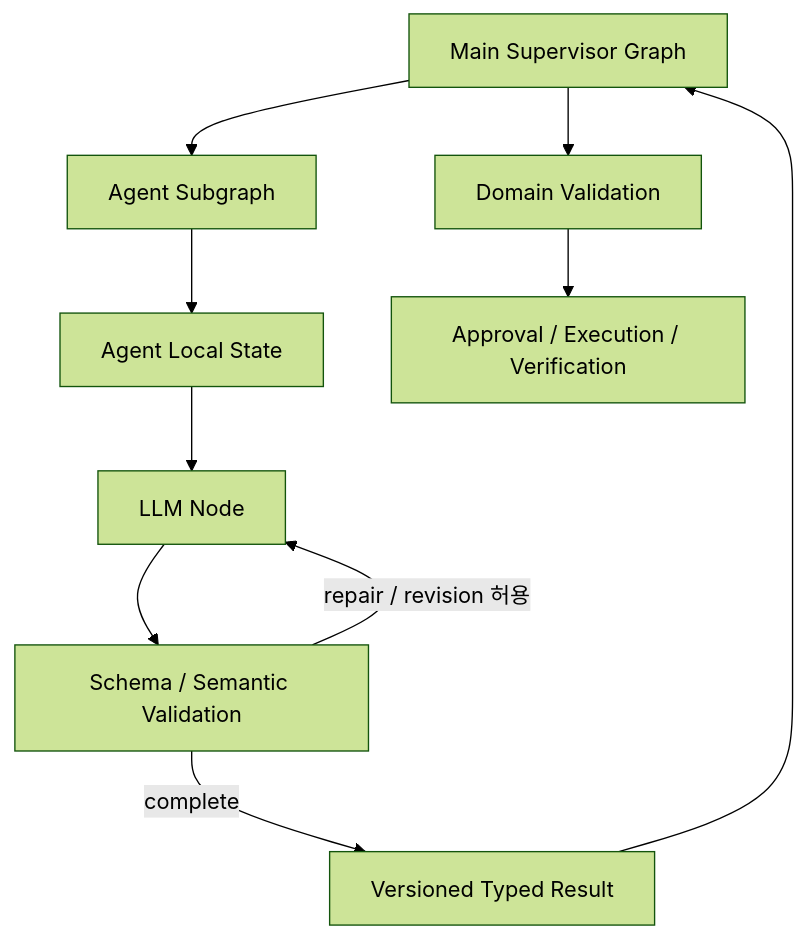
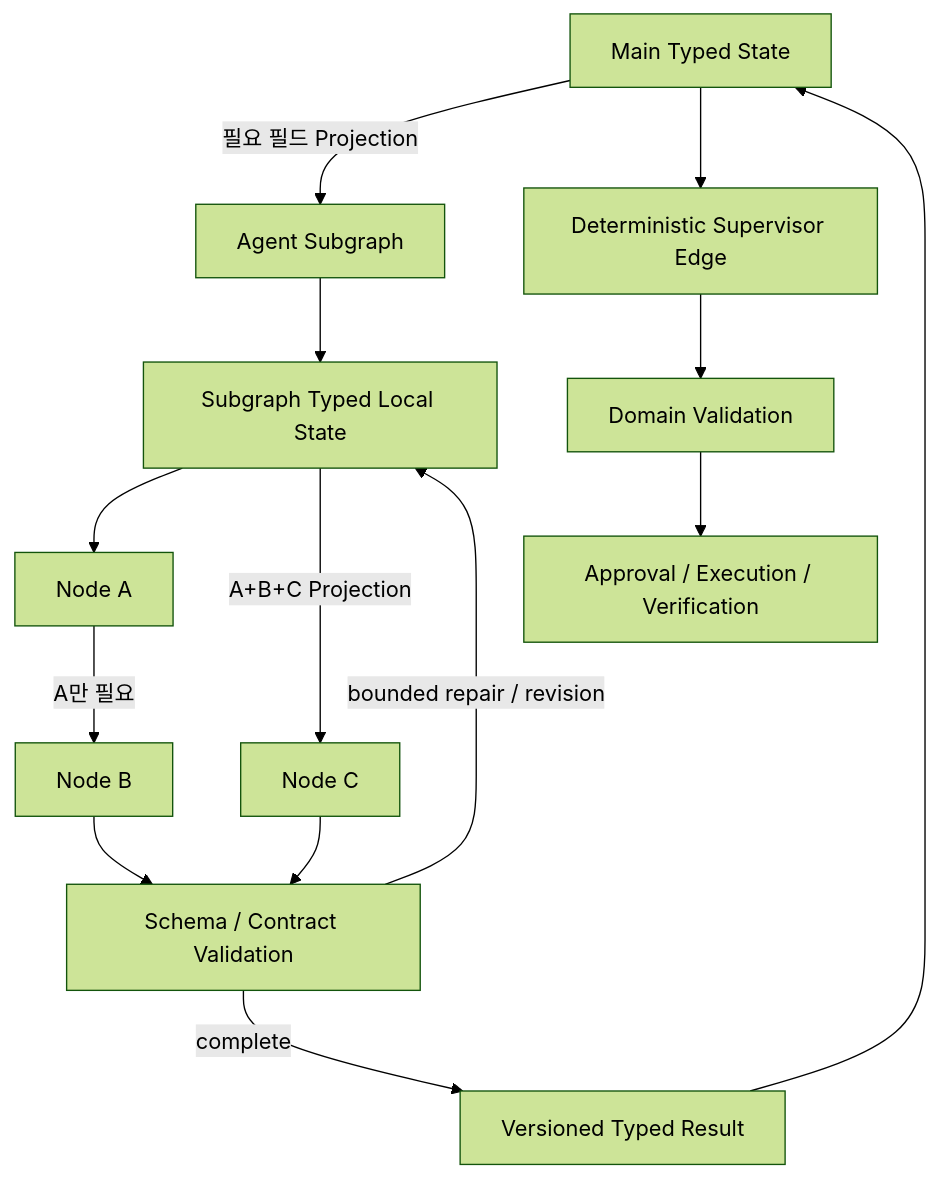
Diagram 16 of 16 in docs/03-system-architecture.md (solar-ai-dev/google-work-agent), drawn with Mermaid (forest theme) before and after one commit. The commit also changed other lines of this file and 22 other files, not shown here.

````diff
--- a/docs/03-system-architecture.md
+++ b/docs/03-system-architecture.md
@@ -1275,12 +1792,16 @@
 ```mermaid
 flowchart TD
-    SUP["Main Supervisor Graph"] --> A["Agent Subgraph"]
-    A --> S["Agent Local State"]
-    S --> L["LLM Node"]
-    L --> V["Schema / Semantic Validation"]
-    V -->|"repair / revision 허용"| L
+    MS["Main Typed State"] -->|"필요 필드 Projection"| A["Agent Subgraph"]
+    A --> LS["Subgraph Typed Local State"]
+    LS --> N1["Node A"]
+    N1 -->|"A만 필요"| N2["Node B"]
+    LS -->|"A+B+C Projection"| N3["Node C"]
+    N2 --> V["Schema / Contract Validation"]
+    N3 --> V
+    V -->|"bounded repair / revision"| LS
     V -->|"complete"| R["Versioned Typed Result"]
-    R --> SUP
+    R --> MS
+    MS --> SUP["Deterministic Supervisor Edge"]
     SUP --> D["Domain Validation"]
     D --> X["Approval / Execution / Verification"]
 ```
````
